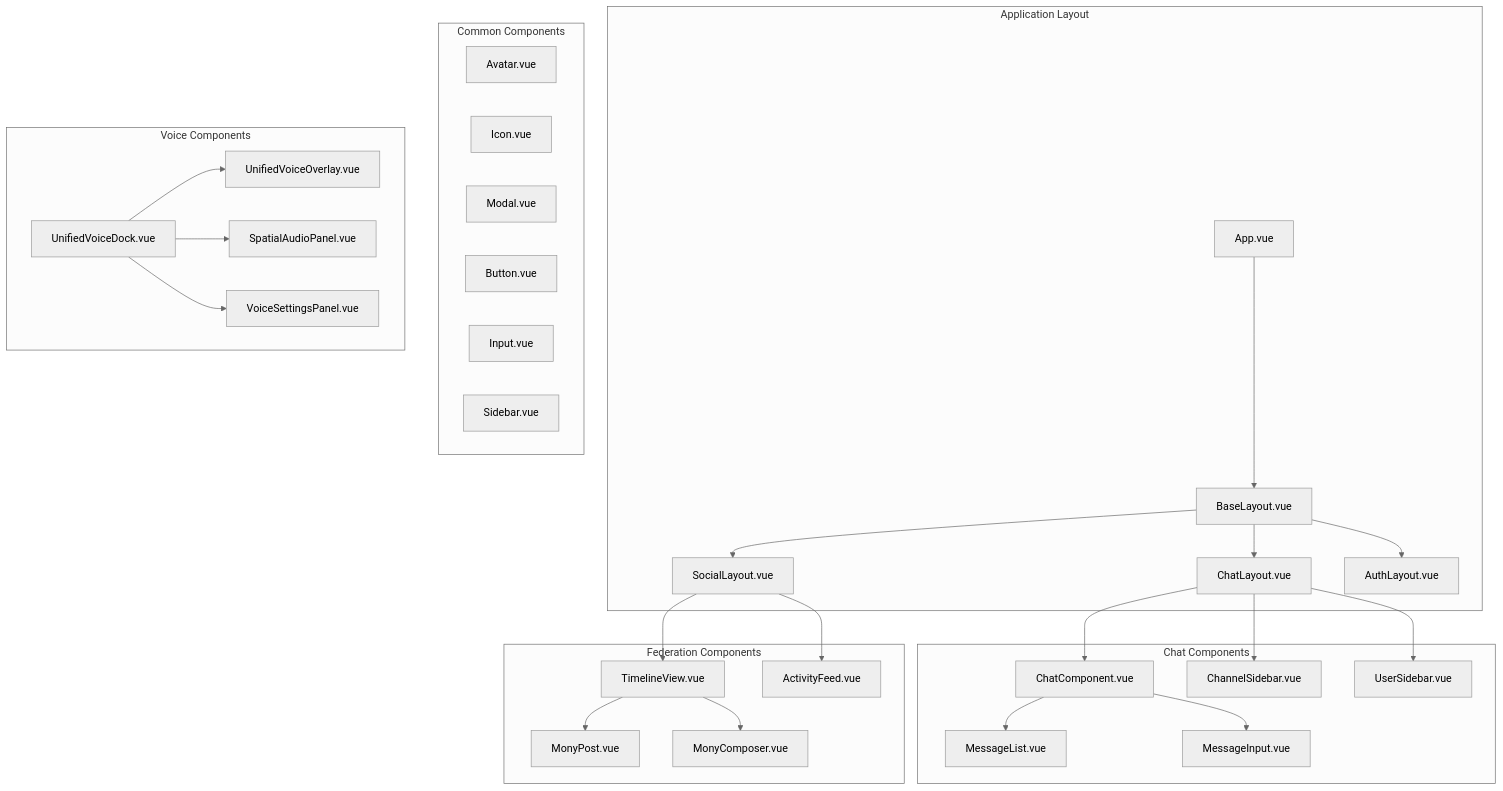
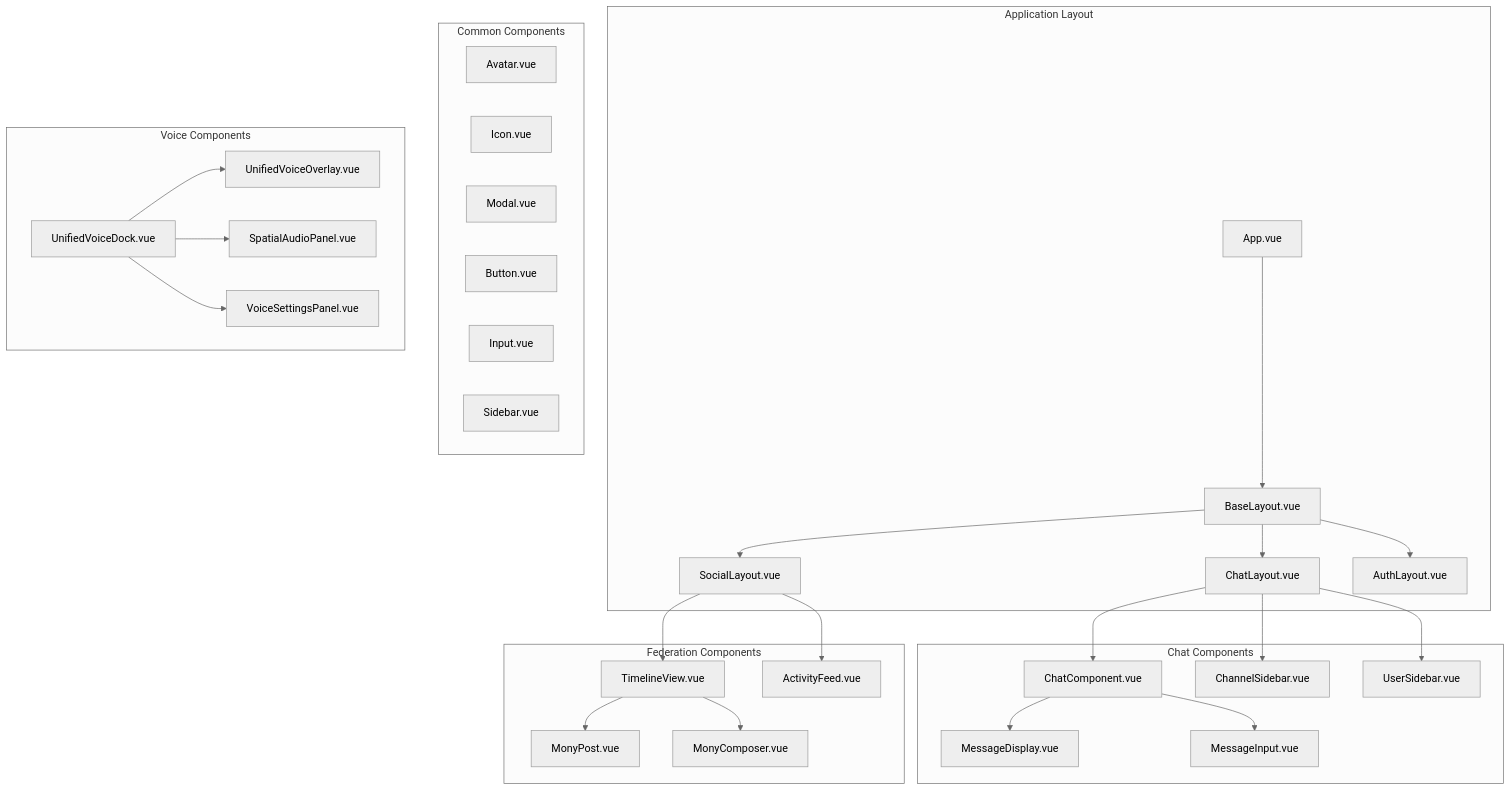
The diagram in docs/COMPONENTS.md (y4my4my4m/harmony), drawn with Mermaid (neutral theme) before and after one commit. The commit also changed other lines of this file and 77 other files, not shown here.

````diff
--- a/docs/COMPONENTS.md
+++ b/docs/COMPONENTS.md
@@ -9,62 +9,62 @@
 ```mermaid
 graph TD
     subgraph "Application Layout"
         APP[App.vue]
         BASE[BaseLayout.vue]
         CHAT_LAYOUT[ChatLayout.vue]
         SOCIAL_LAYOUT[SocialLayout.vue]
         AUTH_LAYOUT[AuthLayout.vue]
     end
     
     subgraph "Common Components"
         AVATAR[Avatar.vue]
         ICON[Icon.vue]
         MODAL[Modal.vue]
         BUTTON[Button.vue]
         INPUT[Input.vue]
         SIDEBAR[Sidebar.vue]
     end
     
     subgraph "Chat Components"
         CHAT[ChatComponent.vue]
-        MSG_LIST[MessageList.vue]
+        MSG_LIST[MessageDisplay.vue]
         MSG_INPUT[MessageInput.vue]
         CHANNEL_LIST[ChannelSidebar.vue]
         USER_LIST[UserSidebar.vue]
     end
     
     subgraph "Voice Components"
         VOICE_DOCK[UnifiedVoiceDock.vue]
         VOICE_OVERLAY[UnifiedVoiceOverlay.vue]
         SPATIAL_PANEL[SpatialAudioPanel.vue]
         VOICE_SETTINGS[VoiceSettingsPanel.vue]
     end
     
     subgraph "Federation Components"
         MONY_POST[MonyPost.vue]
         MONY_COMPOSER[MonyComposer.vue]
         TIMELINE[TimelineView.vue]
         ACTIVITY_FEED[ActivityFeed.vue]
     end
     
     APP --> BASE
     BASE --> CHAT_LAYOUT
     BASE --> SOCIAL_LAYOUT
     BASE --> AUTH_LAYOUT
     
     CHAT_LAYOUT --> CHAT
     CHAT_LAYOUT --> CHANNEL_LIST
     CHAT_LAYOUT --> USER_LIST
     
     SOCIAL_LAYOUT --> TIMELINE
     SOCIAL_LAYOUT --> ACTIVITY_FEED
     
     CHAT --> MSG_LIST
     CHAT --> MSG_INPUT
     TIMELINE --> MONY_POST
     TIMELINE --> MONY_COMPOSER
     
     VOICE_DOCK --> VOICE_OVERLAY
     VOICE_DOCK --> SPATIAL_PANEL
     VOICE_DOCK --> VOICE_SETTINGS
 ```
````
